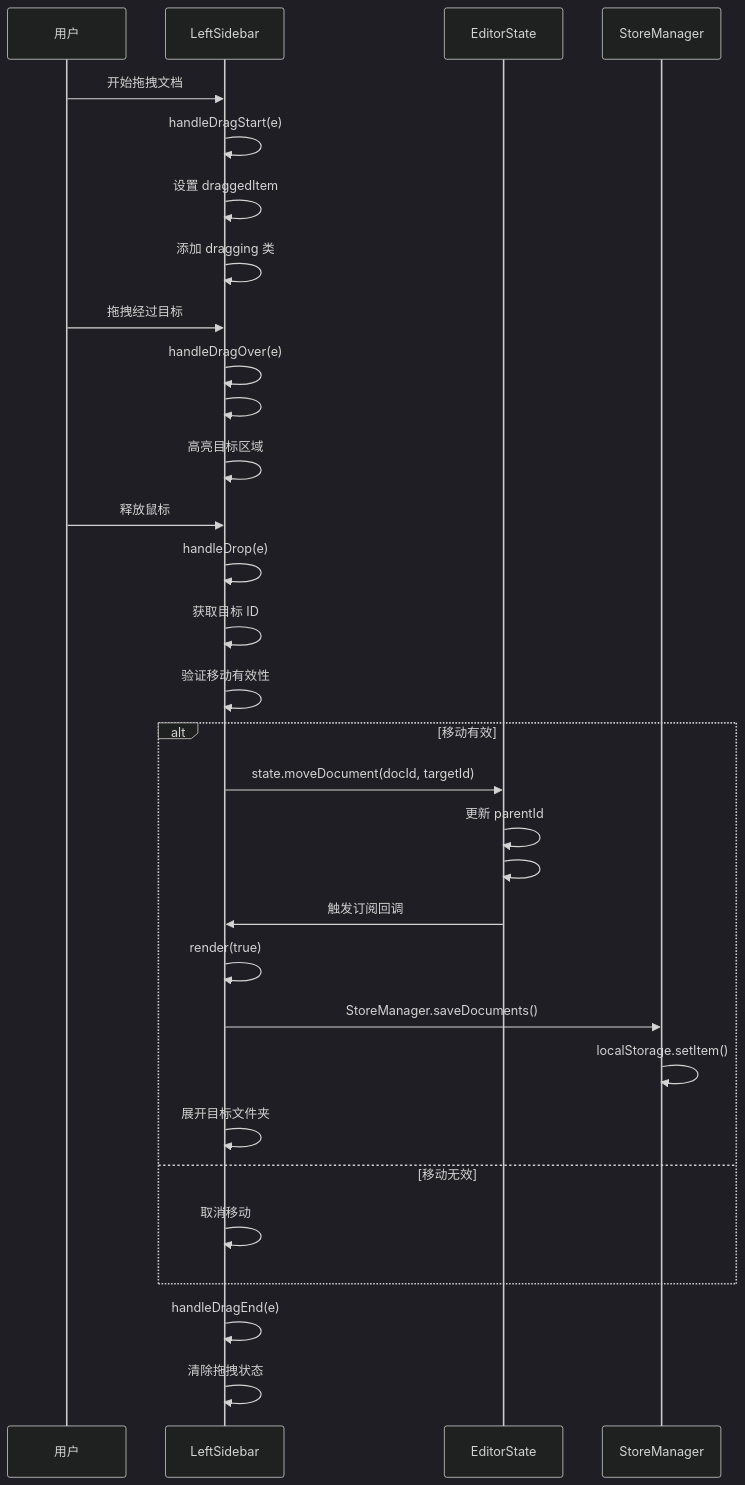
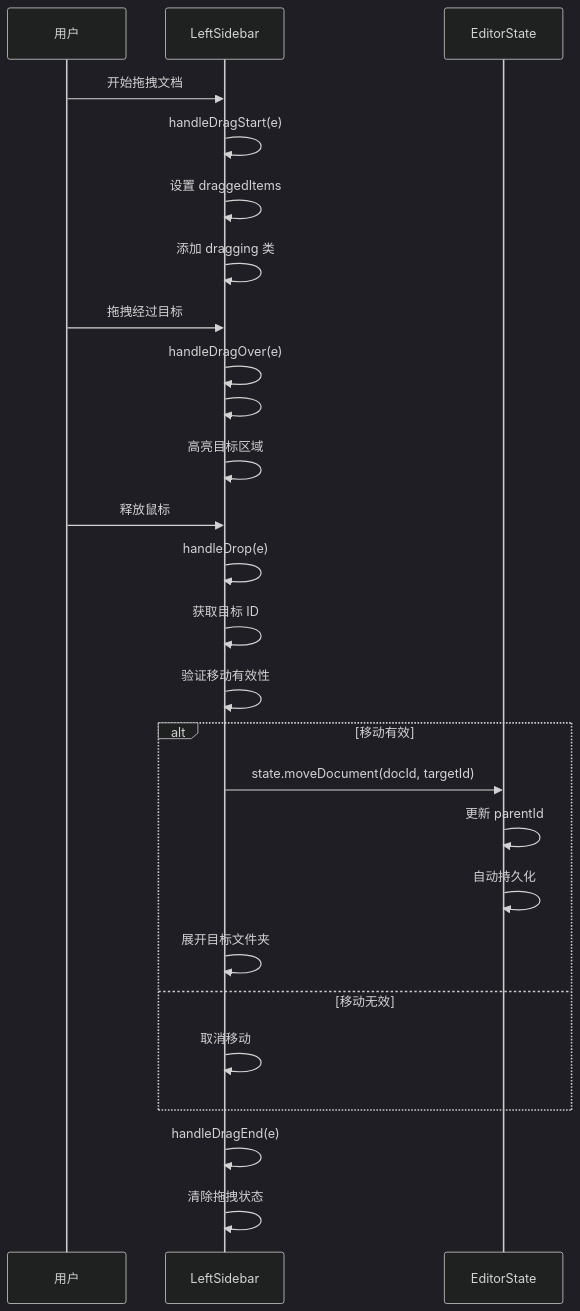
Before and after one commit to ZCShou/markdown: the sixth of 7 diagrams in docs/document.md, drawn with Mermaid (dark theme). The commit also changed other lines of this file, not shown here.

Commit message:
docs: update sidebar architecture and state management documentation

````diff
--- a/docs/document.md
+++ b/docs/document.md
@@ -1082,42 +1115,35 @@
 ```mermaid
 sequenceDiagram
     participant User as 用户
     participant DocList as LeftSidebar
     participant State as EditorState
-    participant Store as StoreManager
 
     User->>DocList: 开始拖拽文档
     DocList->>DocList: handleDragStart(e)
-    DocList->>DocList: 设置 draggedItem
+    DocList->>DocList: 设置 draggedItems
     DocList->>DocList: 添加 dragging 类
     
     User->>DocList: 拖拽经过目标
     DocList->>DocList: handleDragOver(e)
     DocList->>DocList: #setDropTarget(element, type)
     DocList->>DocList: 高亮目标区域
     
     User->>DocList: 释放鼠标
     DocList->>DocList: handleDrop(e)
     
     DocList->>DocList: 获取目标 ID
     DocList->>DocList: 验证移动有效性
     
     alt 移动有效
         DocList->>State: state.moveDocument(docId, targetId)
         State->>State: 更新 parentId
-        State->>State: #notify()
-        
-        State->>DocList: 触发订阅回调
-        DocList->>DocList: render(true)
-        
-        DocList->>Store: StoreManager.saveDocuments()
-        Store->>Store: localStorage.setItem()
+        State->>State: 自动持久化
         
         DocList->>DocList: 展开目标文件夹
     else 移动无效
         DocList->>DocList: 取消移动
     end
     
     DocList->>DocList: handleDragEnd(e)
     DocList->>DocList: 清除拖拽状态
 ```
````
